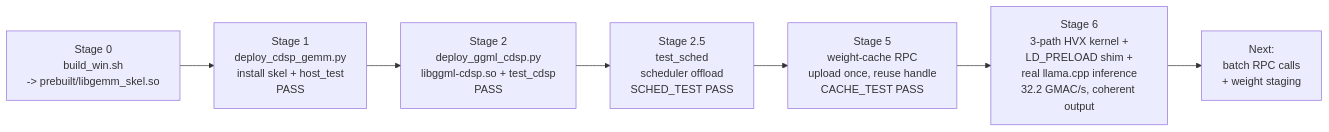
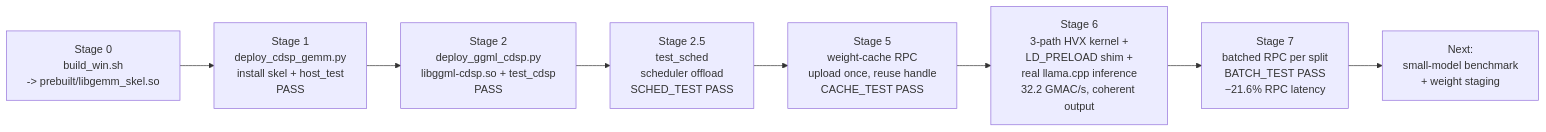
Before and after one commit to doeasier/raphael-cdsp-llm: the third of 3 diagrams in README.md, drawn with Mermaid. The commit also changed other lines of this file and 26 other files, not shown here.

Commit message:
Stage 7: batched FastRPC per scheduler split (-21.6% RPC latency), deterministic A/B harness

````diff
--- a/README.md
+++ b/README.md
@@ -133,9 +154,10 @@
 ```mermaid
 flowchart LR
     A0["Stage 0<br/>build_win.sh<br/>-> prebuilt/libgemm_skel.so"] --> A1
     A1["Stage 1<br/>deploy_cdsp_gemm.py<br/>install skel + host_test<br/>PASS"] --> A2
     A2["Stage 2<br/>deploy_ggml_cdsp.py<br/>libggml-cdsp.so + test_cdsp<br/>PASS"] --> A25
     A25["Stage 2.5<br/>test_sched<br/>scheduler offload<br/>SCHED_TEST PASS"] --> A5
     A5["Stage 5<br/>weight-cache RPC<br/>upload once, reuse handle<br/>CACHE_TEST PASS"] --> A6
-    A6["Stage 6<br/>3-path HVX kernel +<br/>LD_PRELOAD shim +<br/>real llama.cpp inference<br/>32.2 GMAC/s, coherent output"] --> NX["Next:<br/>batch RPC calls<br/>+ weight staging"]
+    A6["Stage 6<br/>3-path HVX kernel +<br/>LD_PRELOAD shim +<br/>real llama.cpp inference<br/>32.2 GMAC/s, coherent output"] --> A7
+    A7["Stage 7<br/>batched RPC per split<br/>BATCH_TEST PASS<br/>−21.6% RPC latency"] --> NX["Next:<br/>small-model benchmark<br/>+ weight staging"]
 ```
````
